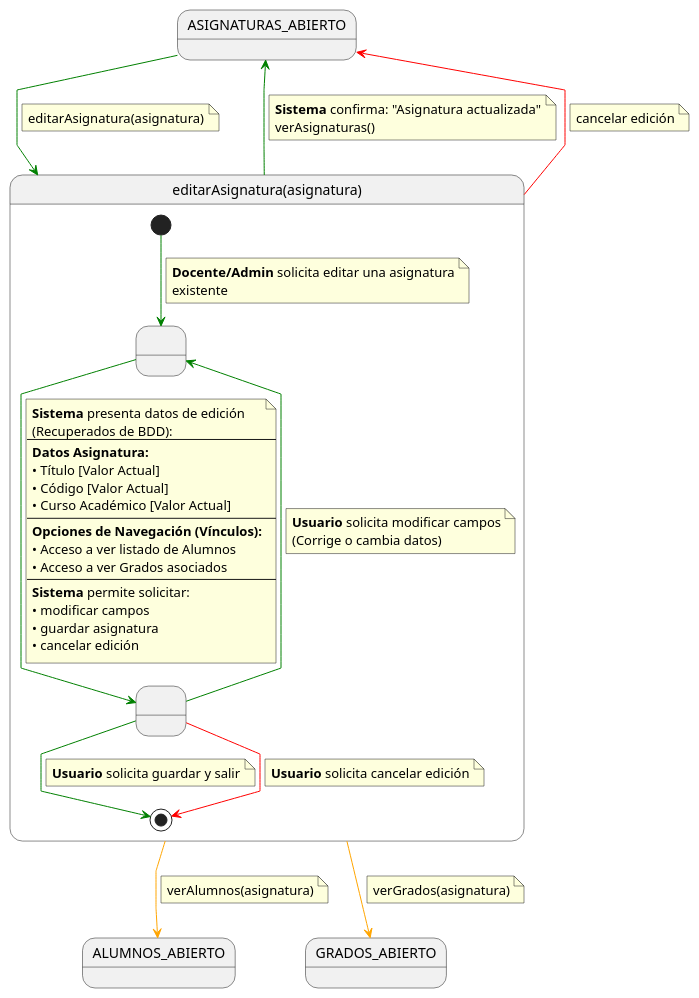
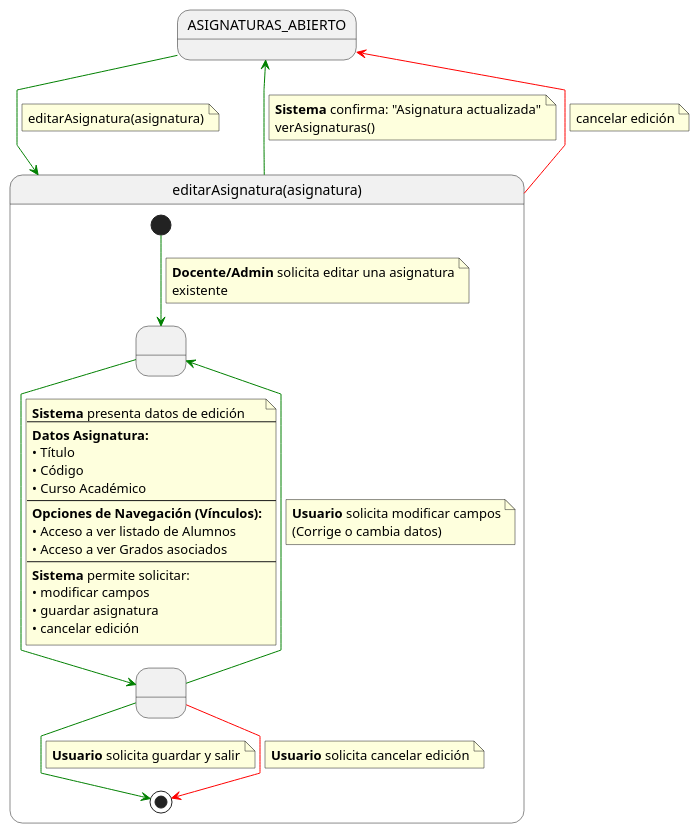
Before and after one commit to martinlopez7/25-26-IdSw1-SdR: the diagram in documents/casos-de-uso/detalladoCasosDeUso/editarAsignatura/editarAsignatura.puml, drawn with PlantUML. The commit also changed 5 other files, not shown here.

```diff
--- a/documents/casos-de-uso/detalladoCasosDeUso/editarAsignatura/editarAsignatura.puml
+++ b/documents/casos-de-uso/detalladoCasosDeUso/editarAsignatura/editarAsignatura.puml
@@ -1,92 +1,78 @@
-@startuml editarAsignatura
-
+@startuml
 skinparam linetype polyline
 
 ' 1. ESTADO PREVIO (Contexto de origen: Listado de Asignaturas)
 state ASIGNATURAS_ABIERTO
 
 ' 2. ENTRADA AL CASO DE USO
 ASIGNATURAS_ABIERTO -[#green]-> editarAsignatura
 note on link
 editarAsignatura(asignatura)
 end note
 
 ' 3. DETALLE DEL PROCESO
 state editarAsignatura as "editarAsignatura(asignatura)" {
 
     state " " as EditandoDatos
     state " " as GuardandoDatos 
 
     [*] -[#green]-> EditandoDatos 
     note on link
     <b>Docente/Admin</b> solicita editar una asignatura
     existente
     end note    
     
     EditandoDatos -[#green]-> GuardandoDatos
     note on link
     <b>Sistema</b> presenta datos de edición
-    (Recuperados de BDD):
     ---
     <b>Datos Asignatura:</b>
-    • Título [Valor Actual]
-    • Código [Valor Actual]
-    • Curso Académico [Valor Actual]
+    • Título
+    • Código
+    • Curso Académico
     ---
     <b>Opciones de Navegación (Vínculos):</b>
     • Acceso a ver listado de Alumnos
     • Acceso a ver Grados asociados
     ---
     <b>Sistema</b> permite solicitar:
     • modificar campos
     • guardar asignatura
     • cancelar edición
     end note
     
     ' Ciclo de modificación (Patrón Interactivo)
     GuardandoDatos -[#green]-> EditandoDatos
     note on link
     <b>Usuario</b> solicita modificar campos
     (Corrige o cambia datos)
     end note
     
     ' Salida Exitosa (Interna)
     GuardandoDatos -[#green]-> [*]
     note on link
     <b>Usuario</b> solicita guardar y salir
     end note
 
     ' Salida Cancelada (Interna)
     GuardandoDatos -[#red]-> [*]
     note on link
     <b>Usuario</b> solicita cancelar edición
     end note
 }
 
 ' 4. SALIDAS EXTERNAS
 
 ' Salida Exitosa con CONFIRMACIÓN
 editarAsignatura -[#green]-> ASIGNATURAS_ABIERTO
 note on link
 <b>Sistema</b> confirma: "Asignatura actualizada"
 verAsignaturas()
 end note
 
 ' Salida Cancelada
 editarAsignatura -[#red]-> ASIGNATURAS_ABIERTO
 note on link
 cancelar edición
 end note
-
-' 5. NAVEGACIÓN TRANSVERSAL (Saltos de contexto)
-editarAsignatura -[#orange]-> ALUMNOS_ABIERTO
-note on link
-verAlumnos(asignatura)
-end note
-
-editarAsignatura -[#orange]-> GRADOS_ABIERTO
-note on link
-verGrados(asignatura)
-end note
-
 @enduml
```
